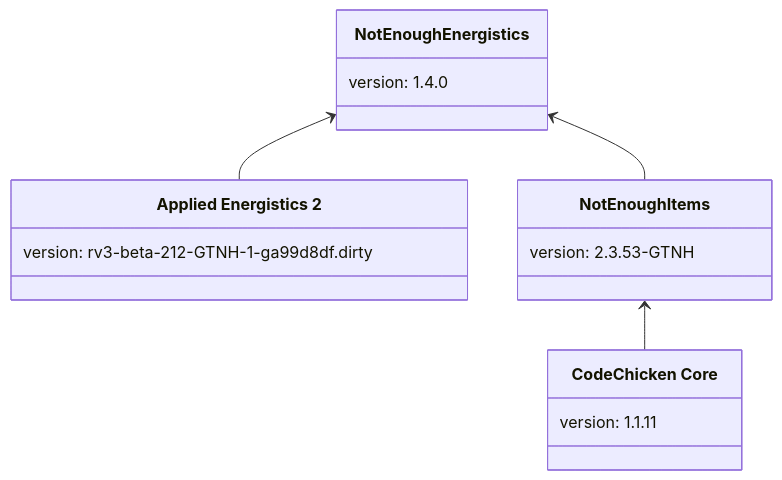
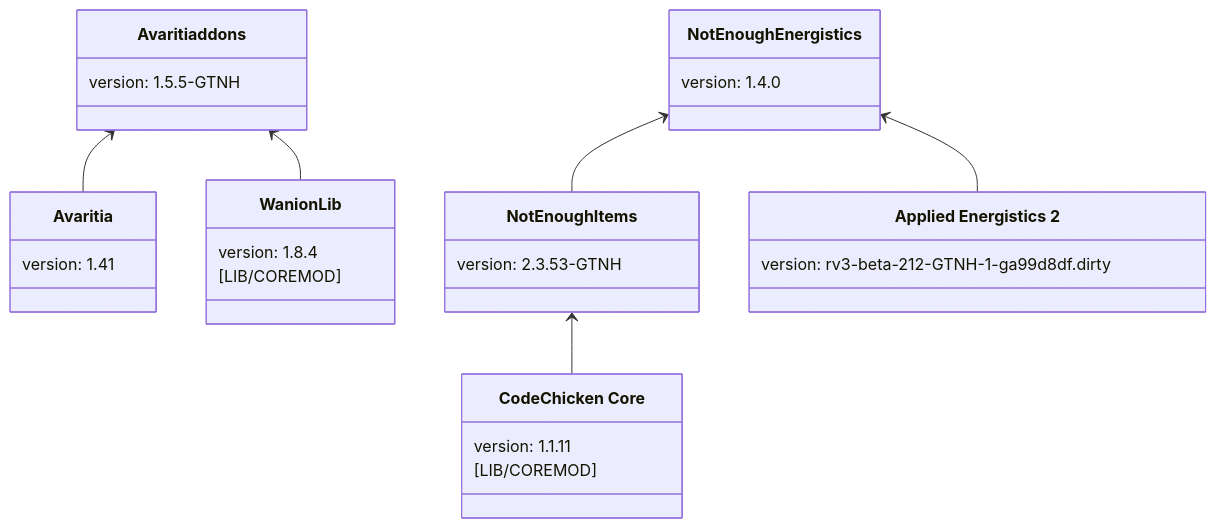
One commit to Feather-Inc/Age-of-Tech changed the diagram in README.md. Above: the diagram before and after it, drawn with Mermaid. The commit also changed 6 other files, not shown here.

Commit message:
+ "Avaritia", "Avaritiaddons", "WanionLib"

````diff
--- a/README.md
+++ b/README.md
@@ -5,24 +5,38 @@
 ```mermaid
 classDiagram
     class CodeChickenCore["CodeChicken Core"] {
         version: 1.1.11
+        [LIB/COREMOD]
+    }
+
+    class wanionlib["WanionLib"] {
+        version: 1.8.4
+        [LIB/COREMOD]
     }
 
 
     class appliedenergistics2["Applied Energistics 2"] {
         version: rv3-beta-212-GTNH-1-ga99d8df.dirty
     }
+
+    class Avaritia {
+        version: 1.41
+    }
+
+    class avaritiaddons["Avaritiaddons"] {
+        version: 1.5.5-GTNH
+    }
+    avaritiaddons <-- Avaritia
+    avaritiaddons <-- wanionlib
 
     class NotEnoughItems["NotEnoughItems"] {
         version: 2.3.53-GTNH
     }
     NotEnoughItems <-- CodeChickenCore
 
     class neenergistics["NotEnoughEnergistics"] {
         version: 1.4.0
     }
     neenergistics <-- NotEnoughItems
     neenergistics <-- appliedenergistics2
-
-
 ```
````
